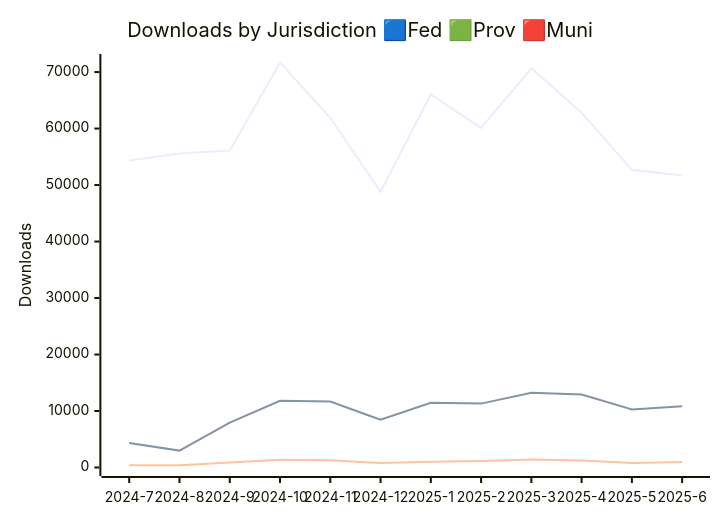
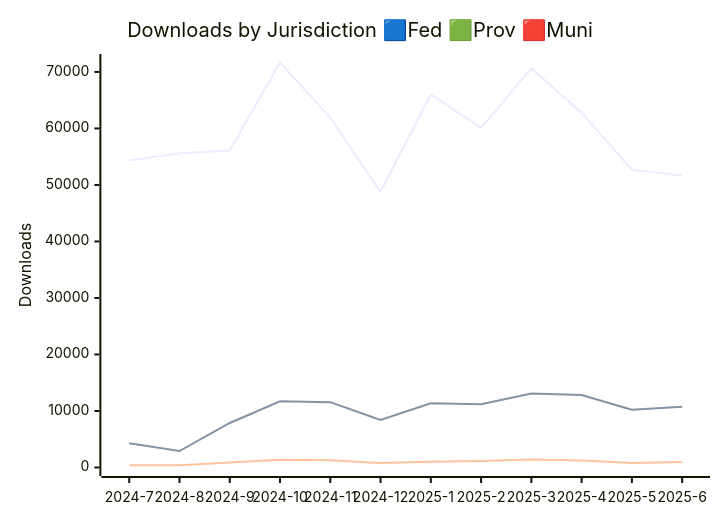
One commit to open-data/analytics-corporate-reporting changed the diagram in JURISDICTION_ANALYTICS_REPORT/readme.md. Above: the diagram before and after it, drawn with Mermaid. The commit also changed 3 other files, not shown here.

````diff
--- a/JURISDICTION_ANALYTICS_REPORT/readme.md
+++ b/JURISDICTION_ANALYTICS_REPORT/readme.md
@@ -4,10 +4,10 @@
 ```mermaid
 
 xychart-beta
     title "Downloads by Jurisdiction 🟦Fed 🟩Prov 🟥Muni"
     x-axis [2024-7, 2024-8, 2024-9, 2024-10, 2024-11, 2024-12, 2025-1, 2025-2, 2025-3, 2025-4, 2025-5, 2025-6]
-    y-axis "Downloads" 0 --> 71692
-    line [54345, 55596, 56095, 71682, 61906, 48805, 66032, 60111, 70673, 62792, 52694, 51710]
-    line [4345, 2991, 7958, 11811, 11662, 8466, 11457, 11309, 13225, 12918, 10276, 10826]
+    y-axis "Downloads" 0 --> 71669
+    line [54345, 55595, 56078, 71659, 61882, 48794, 66005, 60083, 70658, 62786, 52668, 51668]
+    line [4280, 2915, 7882, 11718, 11559, 8406, 11377, 11204, 13111, 12817, 10210, 10759]
     line [416, 398, 879, 1358, 1267, 801, 1001, 1170, 1408, 1229, 806, 966]
 ```
````
